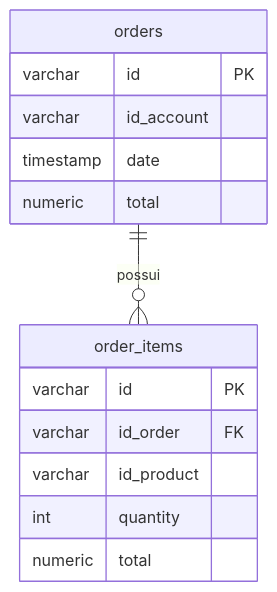
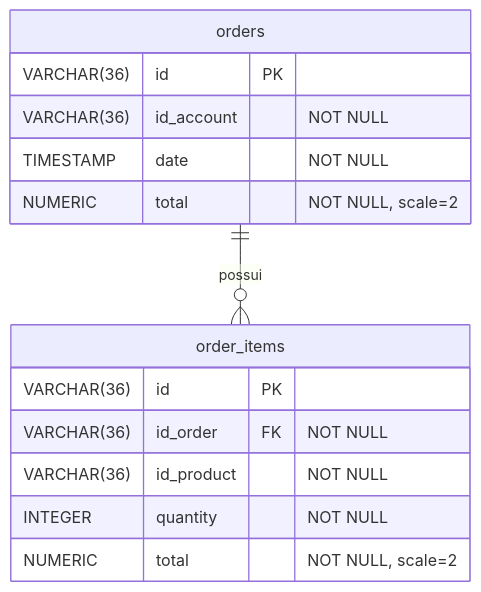
Before and after one commit to microservice-henry/pma.26.1-docs: the second of 2 diagrams in docs/order/index.md, drawn with Mermaid. The commit also changed other lines of this file and 12 other files, not shown here.

````diff
--- a/docs/order/index.md
+++ b/docs/order/index.md
@@ -16,17 +226,17 @@
 ```mermaid
 erDiagram
     orders {
-        varchar id PK
-        varchar id_account
-        timestamp date
-        numeric total
+        VARCHAR(36) id PK
+        VARCHAR(36) id_account "NOT NULL"
+        TIMESTAMP   date "NOT NULL"
+        NUMERIC     total "NOT NULL, scale=2"
     }
     order_items {
-        varchar id PK
-        varchar id_order FK
-        varchar id_product
-        int quantity
-        numeric total
+        VARCHAR(36) id PK
+        VARCHAR(36) id_order FK "NOT NULL"
+        VARCHAR(36) id_product "NOT NULL"
+        INTEGER     quantity "NOT NULL"
+        NUMERIC     total "NOT NULL, scale=2"
     }
     orders ||--o{ order_items : "possui"
 ```
````
